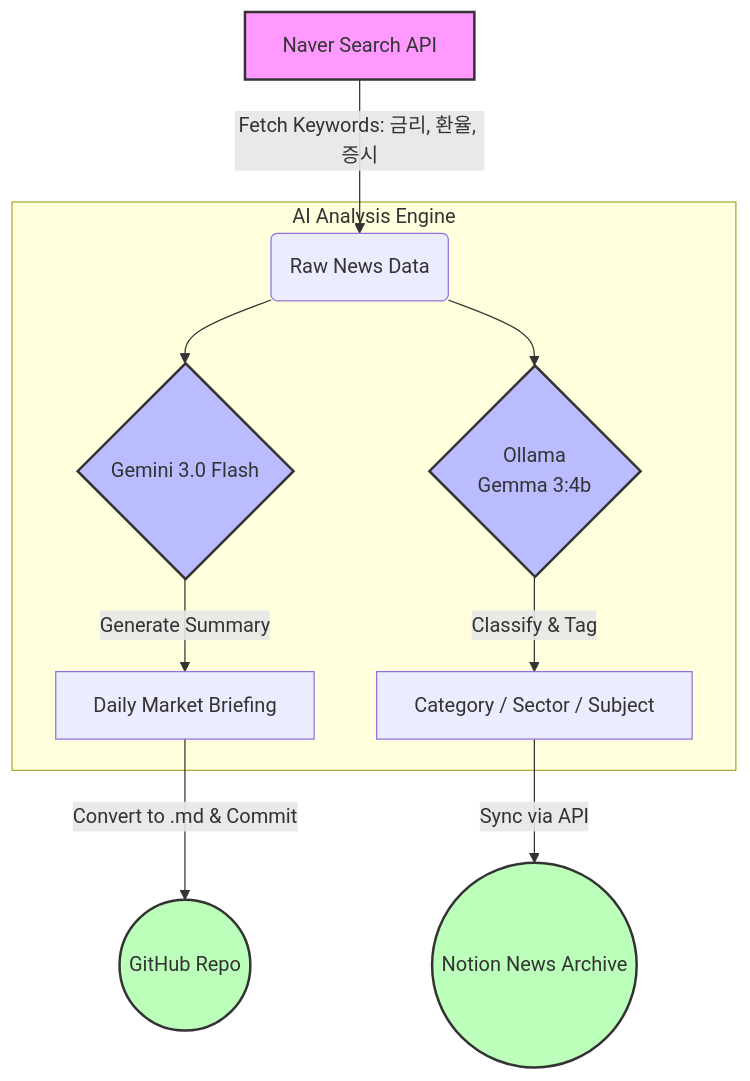
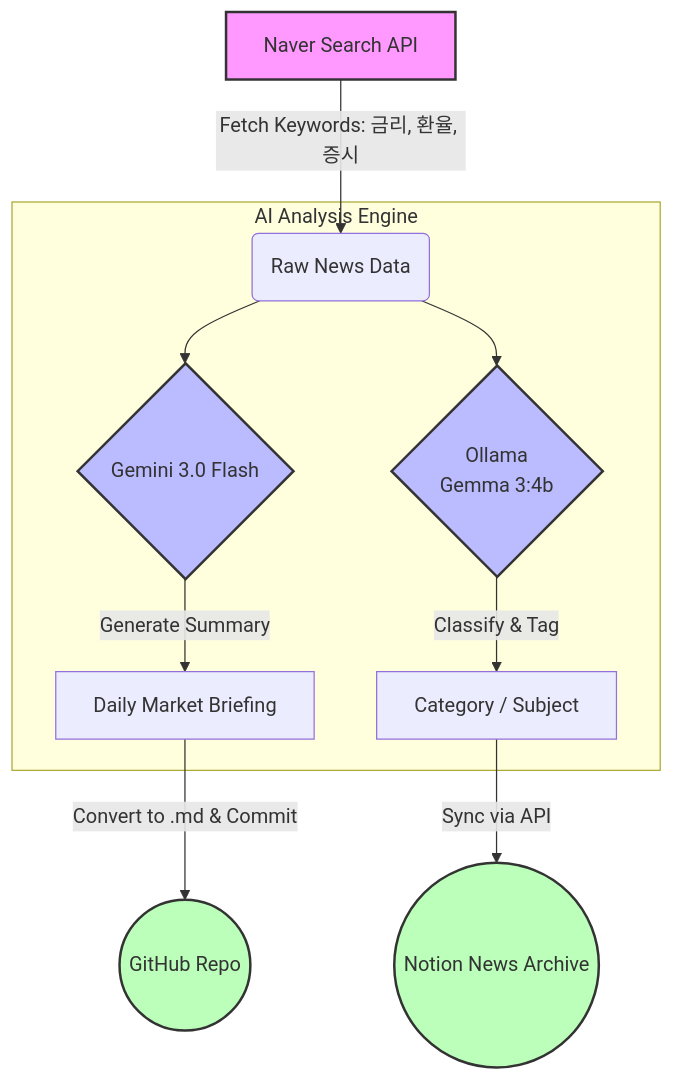
Before and after one commit to MinjunChoi24/JustStudy: the diagram in news-archiver/README.md, drawn with Mermaid. The commit also changed other lines of this file, not shown here.

````diff
--- a/news-archiver/README.md
+++ b/news-archiver/README.md
@@ -30,23 +30,23 @@
 ```mermaid
 graph TD
     %% 스타일 정의
     classDef api fill:#f9f,stroke:#333,stroke-width:2px;
     classDef ai fill:#bbf,stroke:#333,stroke-width:2px;
     classDef storage fill:#bfb,stroke:#333,stroke-width:2px;
 
     %% 1. 데이터 수집 단계
     Start[Naver Search API]:::api -->|Fetch Keywords: 금리, 환율, 증시| RawData(Raw News Data)
 
     %% 2. 데이터 분석 단계 (Sub-graph)
     subgraph "AI Analysis Engine"
         RawData --> Gemini{Gemini 3.0 Flash}:::ai
         RawData --> Ollama{Ollama<br/>Gemma 3:4b}:::ai
         
         Gemini -->|Generate Summary| Briefing[Daily Market Briefing]
-        Ollama -->|Classify & Tag| Tags[Category / Sector / Subject]
+        Ollama -->|Classify & Tag| Tags[Category / Subject]
     end
 
     %% 3. 데이터 저장 단계
     Briefing -->|Convert to .md & Commit| GitHub((GitHub Repo)):::storage
     Tags -->|Sync via API| Notion((Notion News Archive)):::storage
 ```
````
